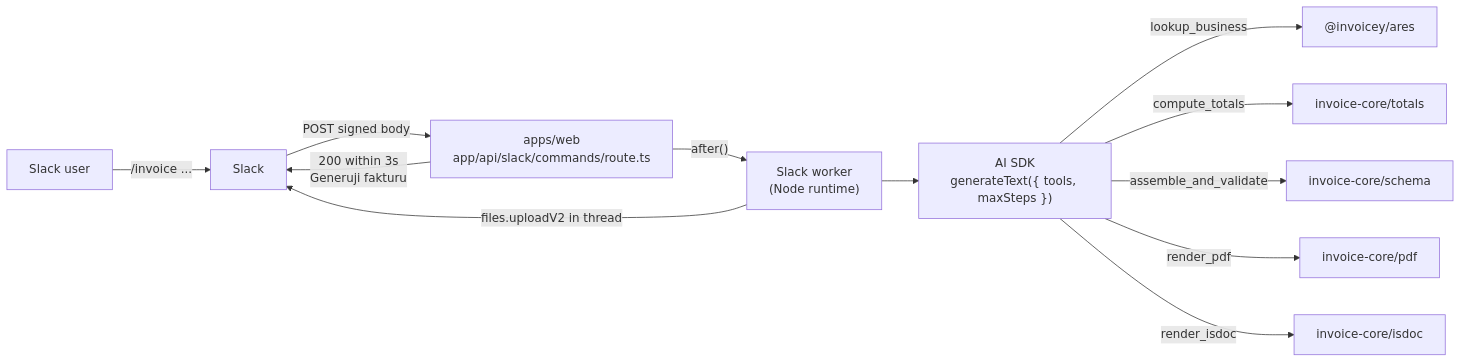
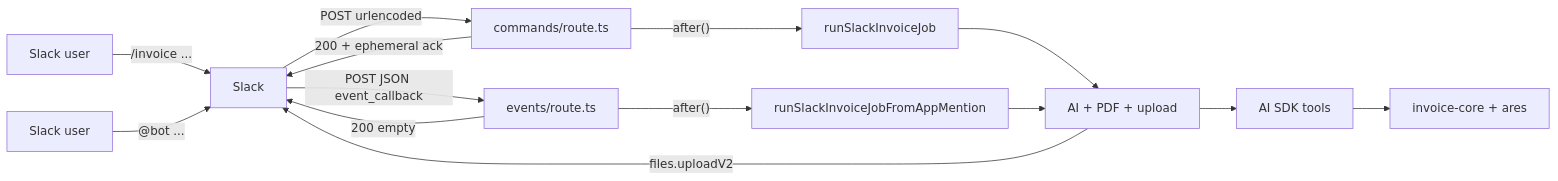
Before and after one commit to filipditrich/inveoiceyai: the diagram in docs/specs/slack-bot.md, drawn with Mermaid. The commit also changed other lines of this file and 3 other files, not shown here.

Commit message:
docs(docs): document Slack Events API and app_mention

````diff
--- a/docs/specs/slack-bot.md
+++ b/docs/specs/slack-bot.md
@@ -38,14 +39,16 @@
 ```mermaid
 flowchart LR
     User["Slack user"] -->|"/invoice ..."| SlackAPI["Slack"]
-    SlackAPI -->|"POST signed body"| Route["apps/web<br/>app/api/slack/commands/route.ts"]
-    Route -->|"200 within 3s<br/>Generuji fakturu"| SlackAPI
-    Route -->|"after()"| Worker["Slack worker<br/>(Node runtime)"]
-    Worker --> AISDK["AI SDK<br/>generateText({ tools, maxSteps })"]
-    AISDK -->|"lookup_business"| Ares["@invoicey/ares"]
-    AISDK -->|"compute_totals"| CoreT["invoice-core/totals"]
-    AISDK -->|"assemble_and_validate"| CoreS["invoice-core/schema"]
-    AISDK -->|"render_pdf"| CorePDF["invoice-core/pdf"]
-    AISDK -->|"render_isdoc"| CoreX["invoice-core/isdoc"]
-    Worker -->|"files.uploadV2 in thread"| SlackAPI
+    SlackAPI -->|"POST urlencoded"| CmdRoute["commands/route.ts"]
+    CmdRoute -->|"200 + ephemeral ack"| SlackAPI
+    CmdRoute -->|"after()"| Worker["runSlackInvoiceJob"]
+    MentionUser["Slack user"] -->|"@bot ..."| SlackAPI
+    SlackAPI -->|"POST JSON event_callback"| EvRoute["events/route.ts"]
+    EvRoute -->|"200 empty"| SlackAPI
+    EvRoute -->|"after()"| MentionWorker["runSlackInvoiceJobFromAppMention"]
+    Worker --> CoreWorker["AI + PDF + upload"]
+    MentionWorker --> CoreWorker
+    CoreWorker --> AISDK["AI SDK tools"]
+    AISDK --> CorePkg["invoice-core + ares"]
+    CoreWorker -->|"files.uploadV2"| SlackAPI
 ```
````
